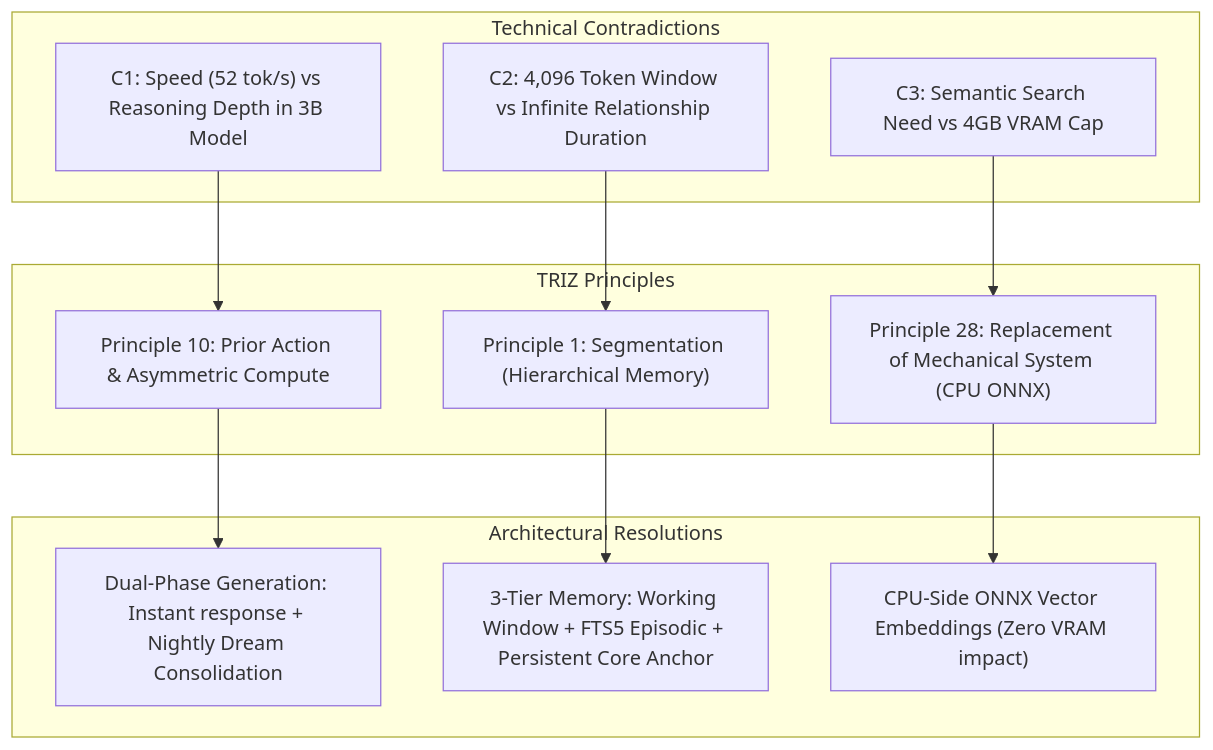
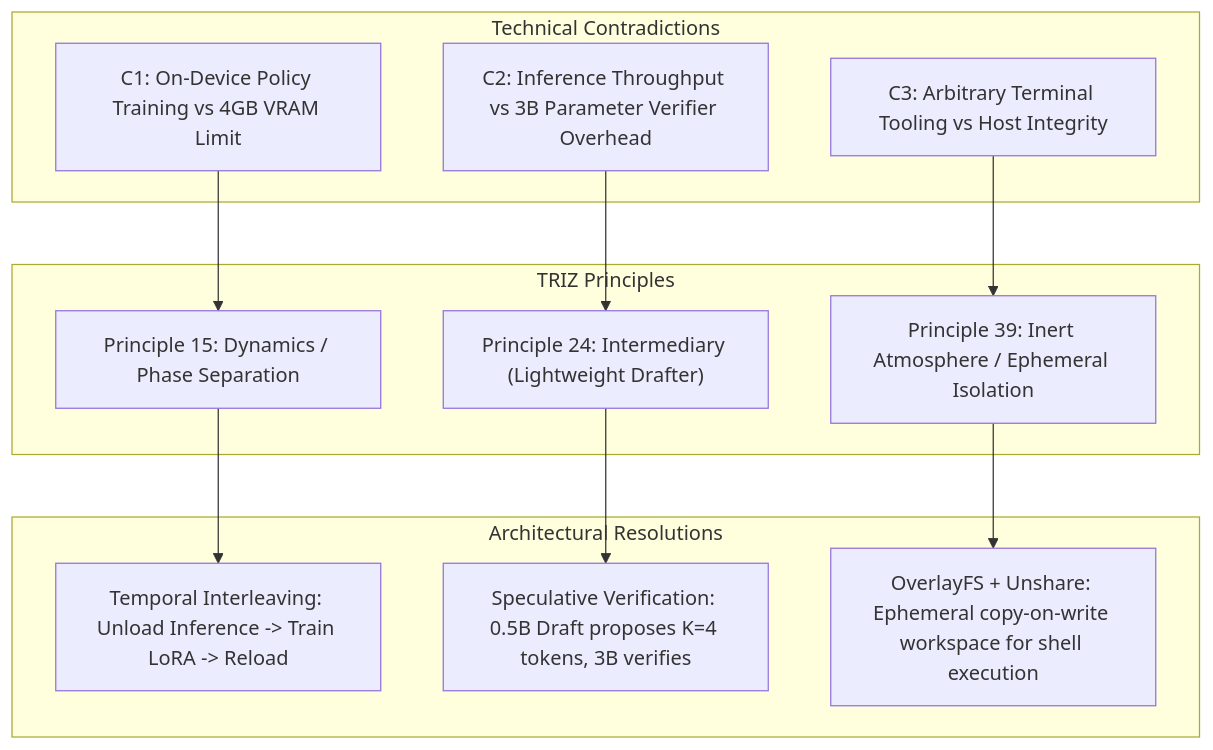
Before and after one commit to zerakjamil/aria: the diagram in docs/concepts_brief.md, drawn with Mermaid. The commit also changed other lines of this file and 3 other files, not shown here.

Commit message:
docs(design): finalize Aria Phase 7 design for on-device GRPO and sandboxed Linux administration

````diff
--- a/docs/concepts_brief.md
+++ b/docs/concepts_brief.md
@@ -94,24 +39,24 @@
 ```mermaid
 flowchart TD
     subgraph Contradictions ["Technical Contradictions"]
-        C1["C1: Speed (52 tok/s) vs Reasoning Depth in 3B Model"]
-        C2["C2: 4,096 Token Window vs Infinite Relationship Duration"]
-        C3["C3: Semantic Search Need vs 4GB VRAM Cap"]
+        C1["C1: On-Device Policy Training vs 4GB VRAM Limit"]
+        C2["C2: Inference Throughput vs 3B Parameter Verifier Overhead"]
+        C3["C3: Arbitrary Terminal Tooling vs Host Integrity"]
     end
 
     subgraph TRIZ ["TRIZ Principles"]
-        P10["Principle 10: Prior Action & Asymmetric Compute"]
-        P1["Principle 1: Segmentation (Hierarchical Memory)"]
-        P28["Principle 28: Replacement of Mechanical System (CPU ONNX)"]
+        P15["Principle 15: Dynamics / Phase Separation"]
+        P24["Principle 24: Intermediary (Lightweight Drafter)"]
+        P39["Principle 39: Inert Atmosphere / Ephemeral Isolation"]
     end
 
     subgraph Resolutions ["Architectural Resolutions"]
-        R1["Dual-Phase Generation: Instant response + Nightly Dream Consolidation"]
-        R2["3-Tier Memory: Working Window + FTS5 Episodic + Persistent Core Anchor"]
-        R3["CPU-Side ONNX Vector Embeddings (Zero VRAM impact)"]
+        R1["Temporal Interleaving: Unload Inference -> Train LoRA -> Reload"]
+        R2["Speculative Verification: 0.5B Draft proposes K=4 tokens, 3B verifies"]
+        R3["OverlayFS + Unshare: Ephemeral copy-on-write workspace for shell execution"]
     end
 
-    C1 --> P10 --> R1
-    C2 --> P1 --> R2
-    C3 --> P28 --> R3
+    C1 --> P15 --> R1
+    C2 --> P24 --> R2
+    C3 --> P39 --> R3
 ```
````
